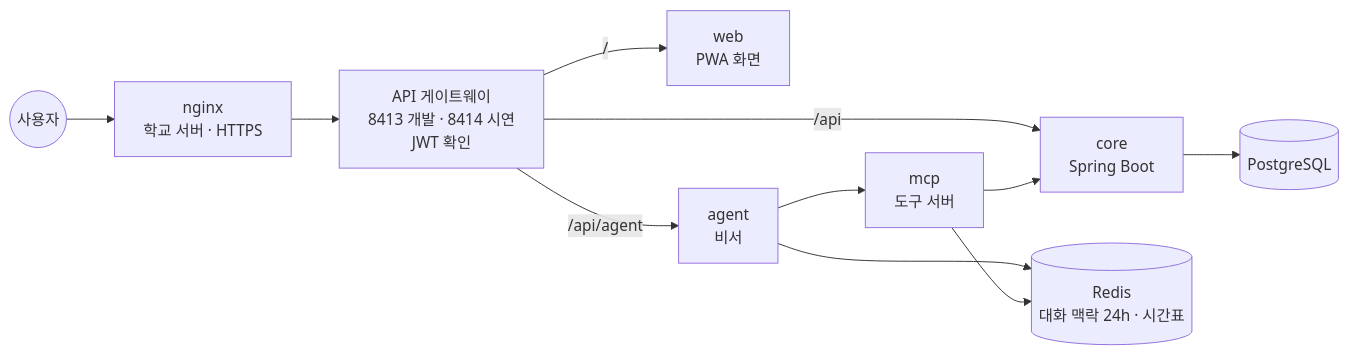
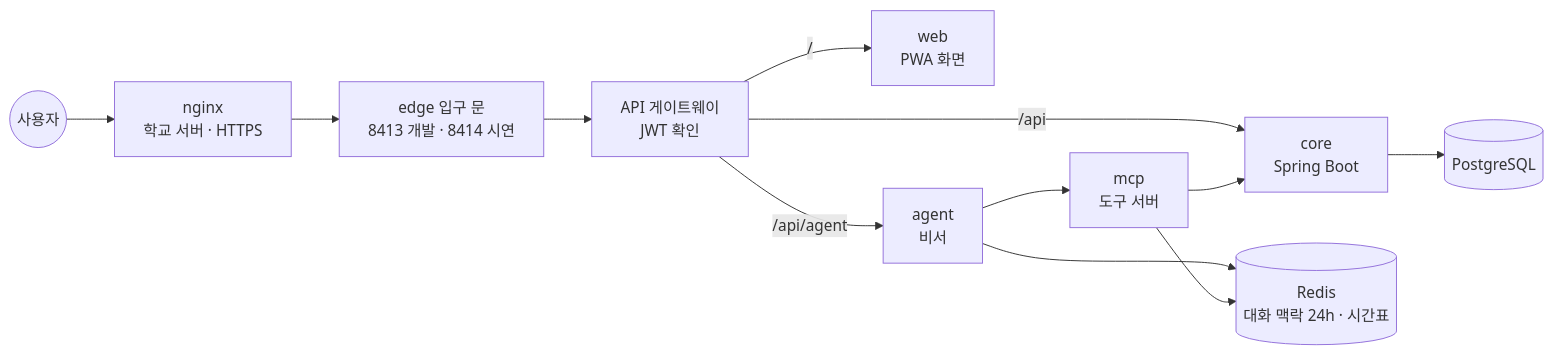
One commit to AI-go-do/infra changed the second of 3 diagrams in README.md. Above: the diagram before and after it, drawn with Mermaid. The commit also changed other lines of this file and 3 other files, not shown here.

````diff
--- a/README.md
+++ b/README.md
@@ -34,13 +36,14 @@
 ```mermaid
 flowchart LR
   U((사용자)) --> X[nginx<br/>학교 서버 · HTTPS]
-  X --> G[API 게이트웨이<br/>8413 개발 · 8414 시연<br/>JWT 확인]
+  X --> E[edge 입구 문<br/>8413 개발 · 8414 시연]
+  E --> G[API 게이트웨이<br/>JWT 확인]
   G -- / --> W[web<br/>PWA 화면]
   G -- /api --> C[core<br/>Spring Boot]
   G -- /api/agent --> AG[agent<br/>비서]
   C --> P[(PostgreSQL)]
   AG --> M[mcp<br/>도구 서버]
   AG --> R[(Redis<br/>대화 맥락 24h · 시간표)]
   M --> R
   M --> C
 ```
````
